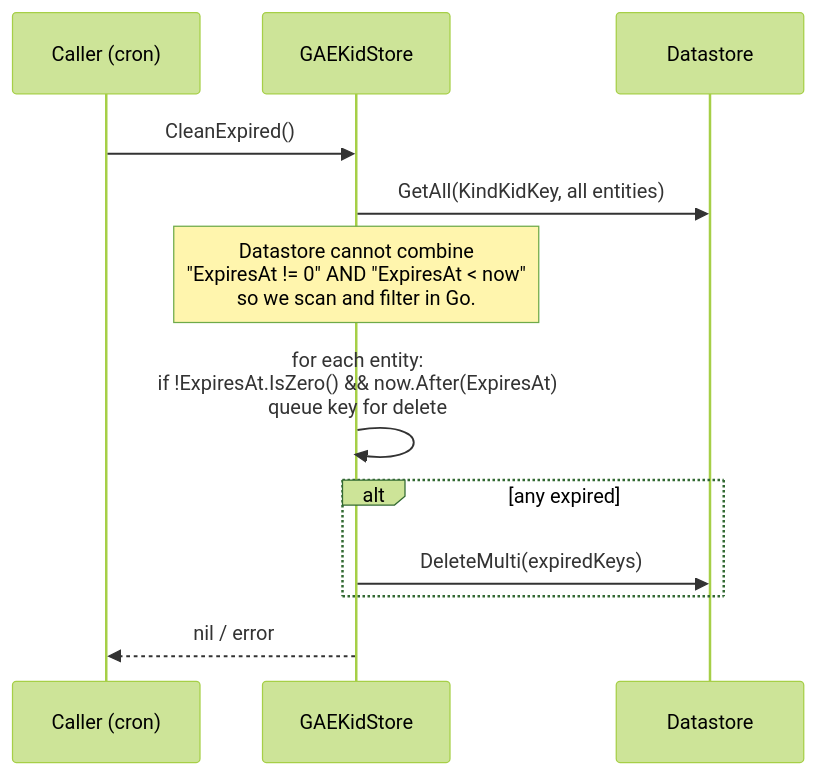
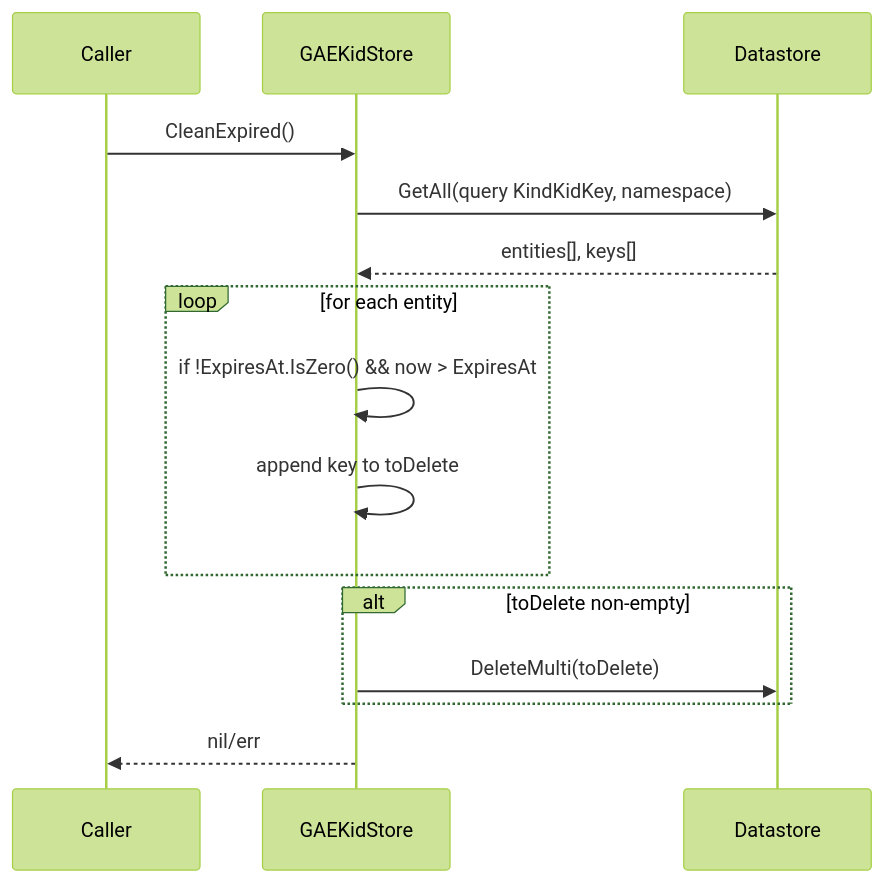
One commit to panyam/oneauth changed the third of 4 diagrams in stores/gae/DESIGN.md. Above: the diagram before and after it, drawn with Mermaid (forest theme). The commit also changed other lines of this file and 42 other files, not shown here.

````diff
--- a/stores/gae/DESIGN.md
+++ b/stores/gae/DESIGN.md
@@ -133,15 +112,18 @@
 ```mermaid
 sequenceDiagram
-    participant Cron as Caller (cron)
+    participant Caller
     participant KS as GAEKidStore
     participant DS as Datastore
 
-    Cron->>KS: CleanExpired()
-    KS->>DS: GetAll(KindKidKey, all entities)
-    Note over KS: Datastore cannot combine<br/>"ExpiresAt != 0" AND "ExpiresAt < now"<br/>so we scan and filter in Go.
-    KS->>KS: for each entity:<br/>if !ExpiresAt.IsZero() && now.After(ExpiresAt)<br/>queue key for delete
-    alt any expired
-        KS->>DS: DeleteMulti(expiredKeys)
+    Caller->>KS: CleanExpired()
+    KS->>DS: GetAll(query KindKidKey, namespace)
+    DS-->>KS: entities[], keys[]
+    loop for each entity
+        KS->>KS: if !ExpiresAt.IsZero() && now > ExpiresAt
+        KS->>KS:   append key to toDelete
     end
-    KS-->>Cron: nil / error
+    alt toDelete non-empty
+        KS->>DS: DeleteMulti(toDelete)
+    end
+    KS-->>Caller: nil/err
 ```
````
